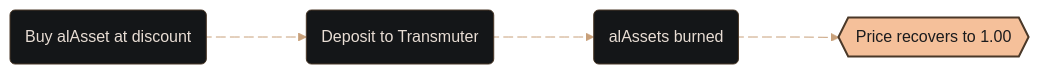
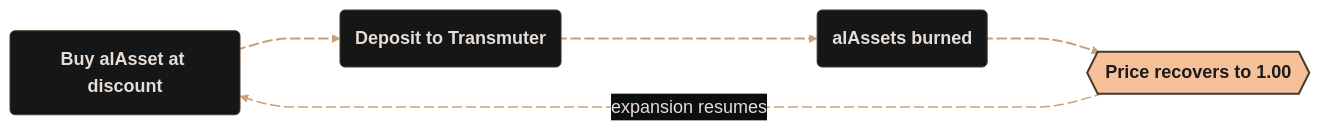
Before and after one commit to alchemix-finance/alchemix-v3-docs: the second of 2 diagrams in docs/user/concepts/how-peg-is-maintained.md, drawn with Mermaid. The commit also changed other lines of this file and 31 other files, not shown here.

````diff
--- a/docs/user/concepts/how-peg-is-maintained.md
+++ b/docs/user/concepts/how-peg-is-maintained.md
@@ -47,21 +53,27 @@
 ```mermaid
 %%{init: {
   'theme': 'base',
   'themeVariables': {
     'fontFamily': 'Montserrat',
     'primaryColor': '#141618',
     'primaryBorderColor': '#4a3828',
     'primaryTextColor': '#e8ddd4',
     'lineColor': '#c8a07a',
     'edgeLabelBackground': '#0d0e10',
-    'tertiaryColor': '#141618'
+    'tertiaryColor': '#141618',
+    'fontSize': '18px'
   },
   'flowchart': { 'curve': 'monotoneX', 'nodeSpacing': 60, 'rankSpacing': 100 }
 }}%%
 flowchart LR
+    classDef default font-weight:bold;
     A(Buy alAsset at discount) e1@--> B(Deposit to Transmuter) e2@--> C(alAssets burned) e3@--> D{{Price recovers to 1.00}}
+    D e4@-.->|expansion resumes| A
     style D fill:#f5c09a,stroke:#4a3828,stroke-width:2px,color:#1b1b1d
+    linkStyle 0,1,2 stroke:#c8a07a,stroke-width:2px
+    linkStyle 3 stroke:#c8a07a,stroke-width:1.5px,stroke-dasharray:6
     e1@{ animation: slow }
     e2@{ animation: slow }
     e3@{ animation: fast }
+    e4@{ animation: slow }
 ```
````
